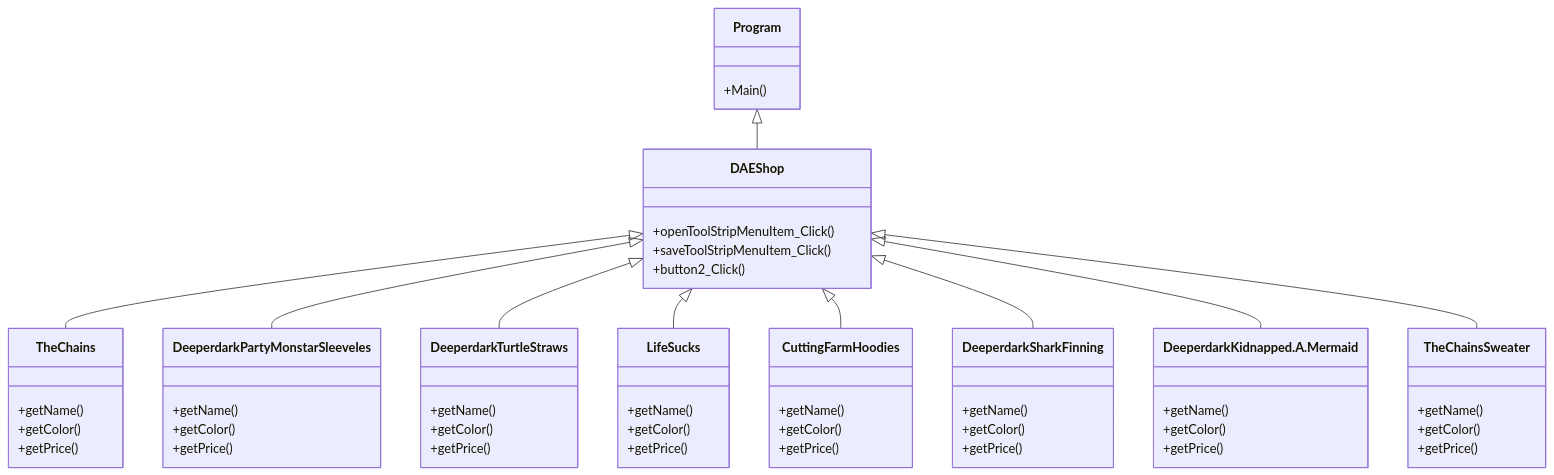
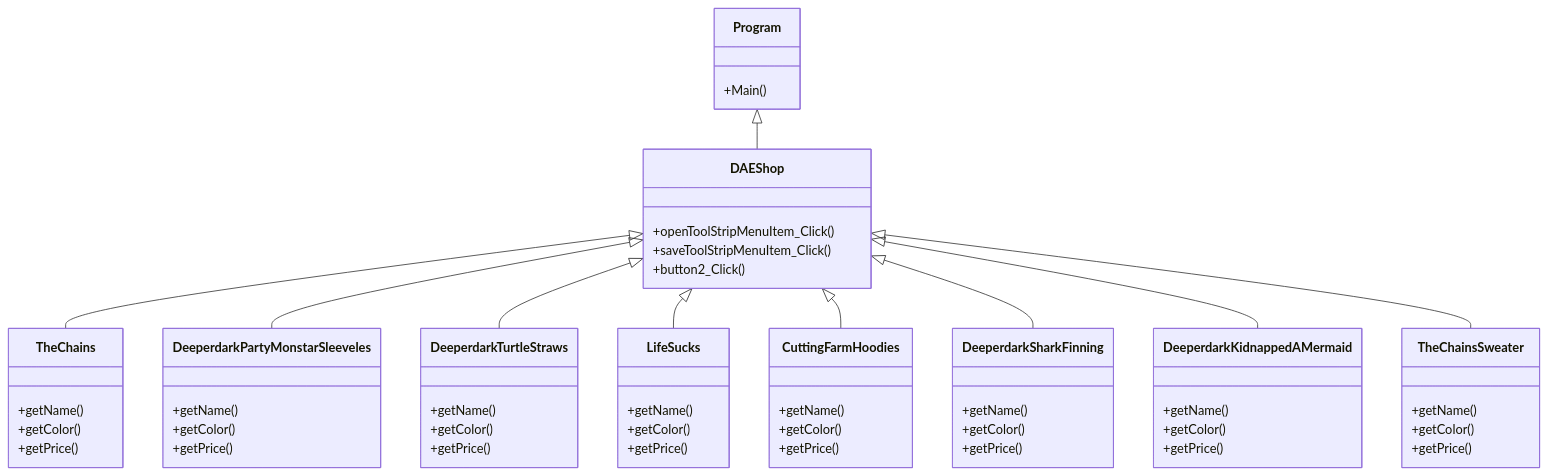
One commit to Natthawan31/Project-Nattawan changed the diagram in README.md. Above: the diagram before and after it, drawn with Mermaid.

````diff
--- a/README.md
+++ b/README.md
@@ -13,59 +13,59 @@
 ```mermaid
 classDiagram
     Program <|-- DAEShop
     DAEShop <|-- TheChains
     DAEShop <|-- DeeperdarkPartyMonstarSleeveles
     DAEShop <|-- DeeperdarkTurtleStraws
     DAEShop <|-- LifeSucks
     DAEShop <|-- CuttingFarmHoodies
     DAEShop <|-- DeeperdarkSharkFinning
-    DAEShop <|-- DeeperdarkKidnapped.A.Mermaid
+    DAEShop <|-- DeeperdarkKidnappedAMermaid
     DAEShop <|-- TheChainsSweater
     Program : +Main()
     class DAEShop{
         +openToolStripMenuItem_Click()
         +saveToolStripMenuItem_Click()
         +button2_Click()
     }
     class TheChains{
         +getName()
         +getColor()
         +getPrice()
         
     }
     class DeeperdarkPartyMonstarSleeveles{
         +getName()
         +getColor()
         +getPrice()
     }
     class DeeperdarkTurtleStraws{
         +getName()
         +getColor()
         +getPrice()    
     }
     class LifeSucks{
         +getName()
         +getColor()
         +getPrice()
     }
     class CuttingFarmHoodies{
         +getName()
         +getColor()
         +getPrice()
     }
     class DeeperdarkSharkFinning{
         +getName()
         +getColor()
         +getPrice()
     }
-    class DeeperdarkKidnapped.A.Mermaid{
+    class DeeperdarkKidnappedAMermaid{
         +getName()
         +getColor()
         +getPrice()
     }
     class TheChainsSweater{
         +getName()
         +getColor()
         +getPrice()
     }
 ```
````
